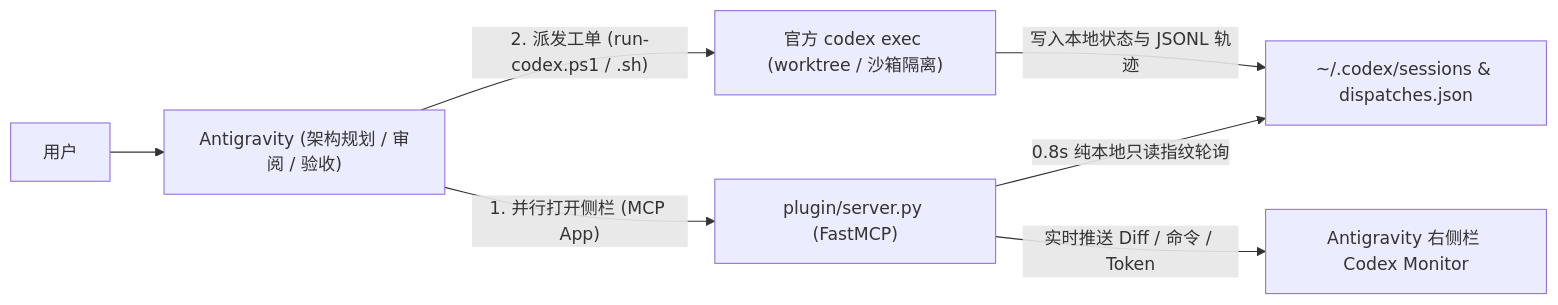
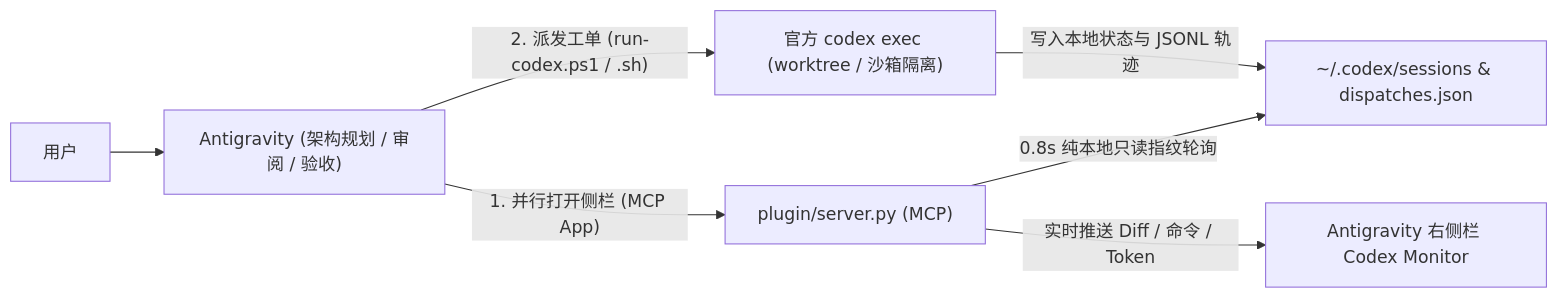
The diagram in README.md (Lyl101010/antigravity-codex-monitor), drawn with Mermaid before and after one commit. The commit also changed other lines of this file and 6 other files, not shown here.

Commit message:
fix: support both mcp 1.x (FastMCP) and mcp 2.x (MCPServer) SDKs (v1.1.1)

````diff
--- a/README.md
+++ b/README.md
@@ -96,9 +96,9 @@
 ```mermaid
 flowchart LR
   User["用户"] --> AG["Antigravity (架构规划 / 审阅 / 验收)"]
-  AG -- "1. 并行打开侧栏 (MCP App)" --> Server["plugin/server.py (FastMCP)"]
+  AG -- "1. 并行打开侧栏 (MCP App)" --> Server["plugin/server.py (MCP)"]
   AG -- "2. 派发工单 (run-codex.ps1 / .sh)" --> Codex["官方 codex exec (worktree / 沙箱隔离)"]
   Codex -- "写入本地状态与 JSONL 轨迹" --> Logs["~/.codex/sessions & dispatches.json"]
   Server -- "0.8s 纯本地只读指纹轮询" --> Logs
   Server -- "实时推送 Diff / 命令 / Token" --> UI["Antigravity 右侧栏 Codex Monitor"]
 ```
````
